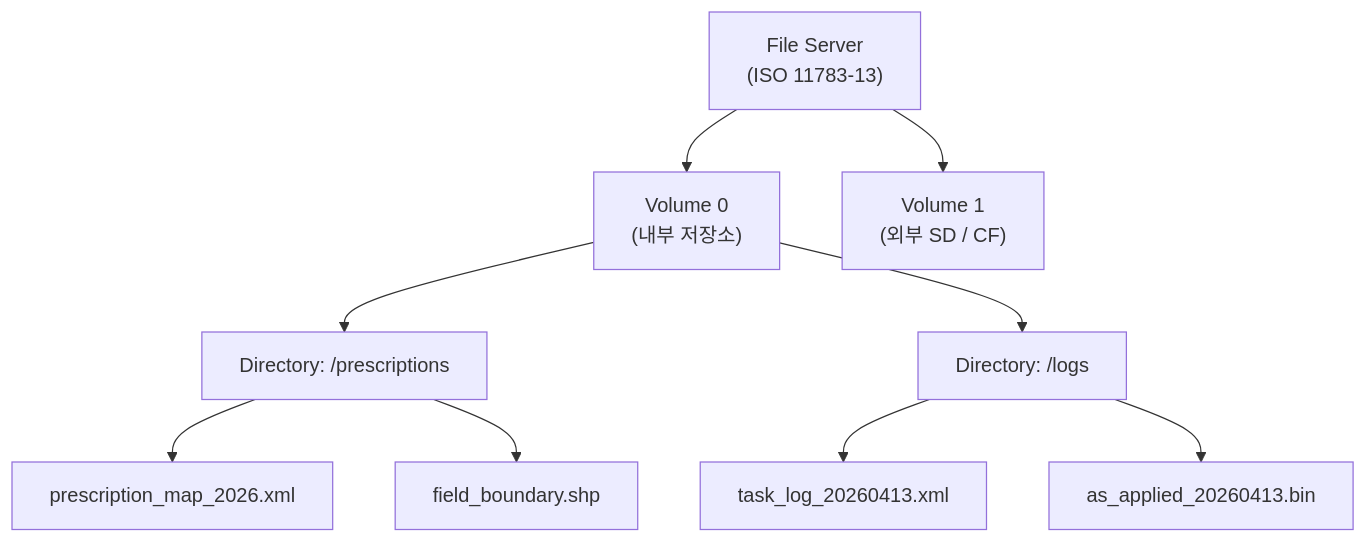
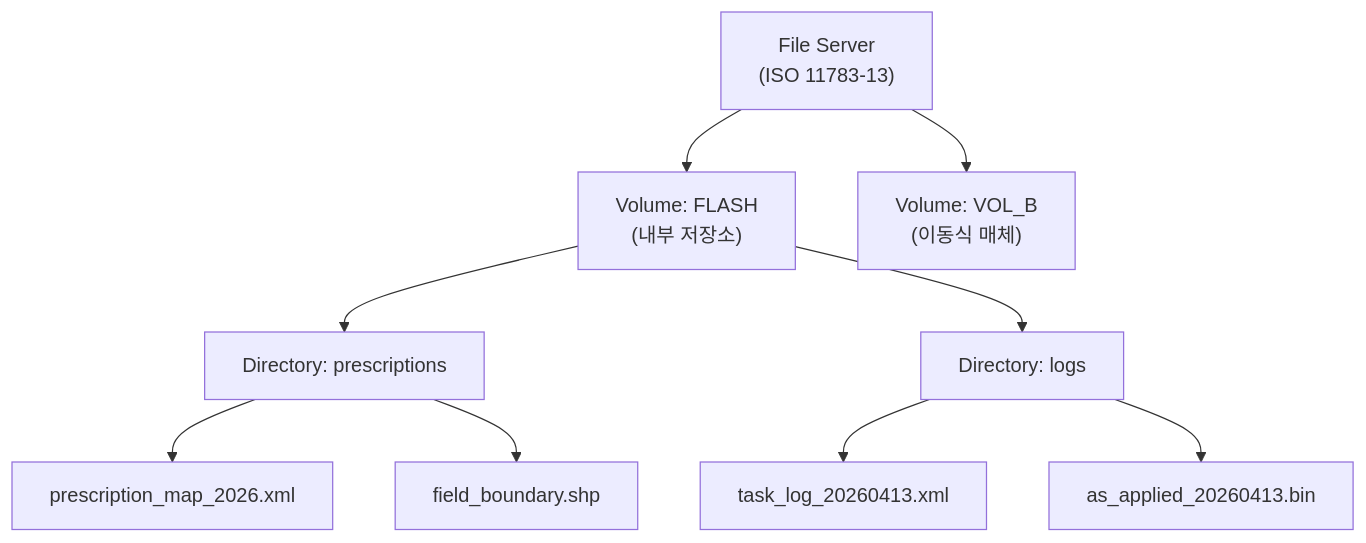
One commit to hobeen-kim/hobeen-kim.github.io changed the third of 4 diagrams in docs/_study/isobus/21-isobus-misc.md. Above: the diagram before and after it, drawn with Mermaid. The commit also changed other lines of this file and 18 other files, not shown here.

````diff
--- a/docs/_study/isobus/21-isobus-misc.md
+++ b/docs/_study/isobus/21-isobus-misc.md
@@ -151,12 +201,12 @@
 ```mermaid
 graph TD
     FS["File Server<br>(ISO 11783-13)"]
-    FS --> V1["Volume 0<br>(내부 저장소)"]
-    FS --> V2["Volume 1<br>(외부 SD / CF)"]
-    V1 --> D1["Directory: /prescriptions"]
-    V1 --> D2["Directory: /logs"]
+    FS --> V1["Volume: FLASH<br>(내부 저장소)"]
+    FS --> V2["Volume: VOL_B<br>(이동식 매체)"]
+    V1 --> D1["Directory: prescriptions"]
+    V1 --> D2["Directory: logs"]
     D1 --> F1["prescription_map_2026.xml"]
     D1 --> F2["field_boundary.shp"]
     D2 --> F3["task_log_20260413.xml"]
     D2 --> F4["as_applied_20260413.bin"]
 ```
````
